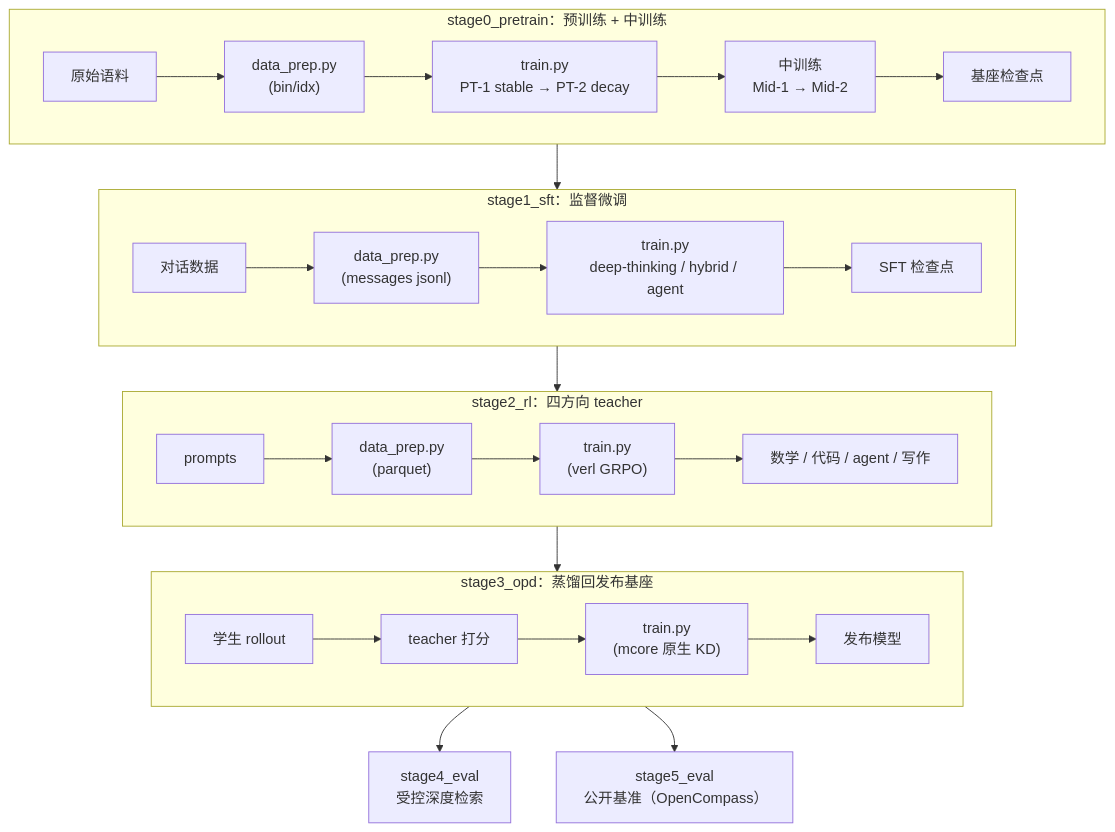
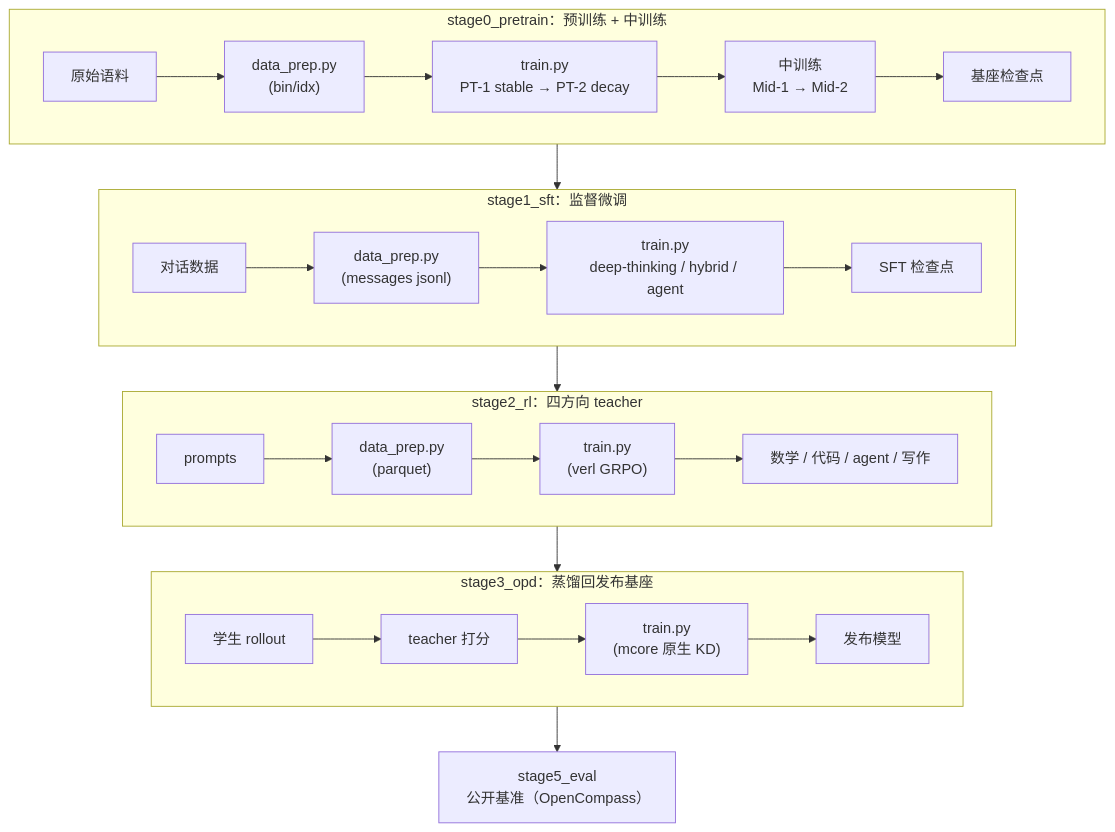
The diagram in src/shensi/recipes/paper/looma/README.md (zongzhilou/shensi), drawn with Mermaid before and after one commit. The commit also changed other lines of this file and 6 other files, not shown here.

Commit message:
looma：删除 stage4_eval（受控深度检索诊断），评测统一到 stage5_eval（OpenCompass + harness）

````diff
--- a/src/shensi/recipes/paper/looma/README.md
+++ b/src/shensi/recipes/paper/looma/README.md
@@ -44,24 +44,23 @@
 ```mermaid
 flowchart TB
     subgraph stage0["stage0_pretrain：预训练 + 中训练"]
         direction LR
         raw["原始语料"] --> dp0["data_prep.py<br/>(bin/idx)"] --> t0["train.py<br/>PT-1 stable → PT-2 decay"] --> m0["中训练<br/>Mid-1 → Mid-2"] --> base["基座检查点"]
     end
     subgraph stage1["stage1_sft：监督微调"]
         direction LR
         inst["对话数据"] --> dp1["data_prep.py<br/>(messages jsonl)"] --> t1["train.py<br/>deep-thinking / hybrid / agent"] --> sft["SFT 检查点"]
     end
     subgraph stage2["stage2_rl：四方向 teacher"]
         direction LR
         rl["prompts"] --> dp2["data_prep.py<br/>(parquet)"] --> t2["train.py<br/>(verl GRPO)"] --> teach["数学 / 代码 / agent / 写作"]
     end
     subgraph stage3["stage3_opd：蒸馏回发布基座"]
         direction LR
         roll["学生 rollout"] --> score["teacher 打分"] --> t3["train.py<br/>(mcore 原生 KD)"] --> pub["发布模型"]
     end
     base --> t1
     sft --> t2
     teach --> t3
-    pub --> eval4["stage4_eval<br/>受控深度检索"]
     pub --> eval5["stage5_eval<br/>公开基准（OpenCompass）"]
 ```
````
